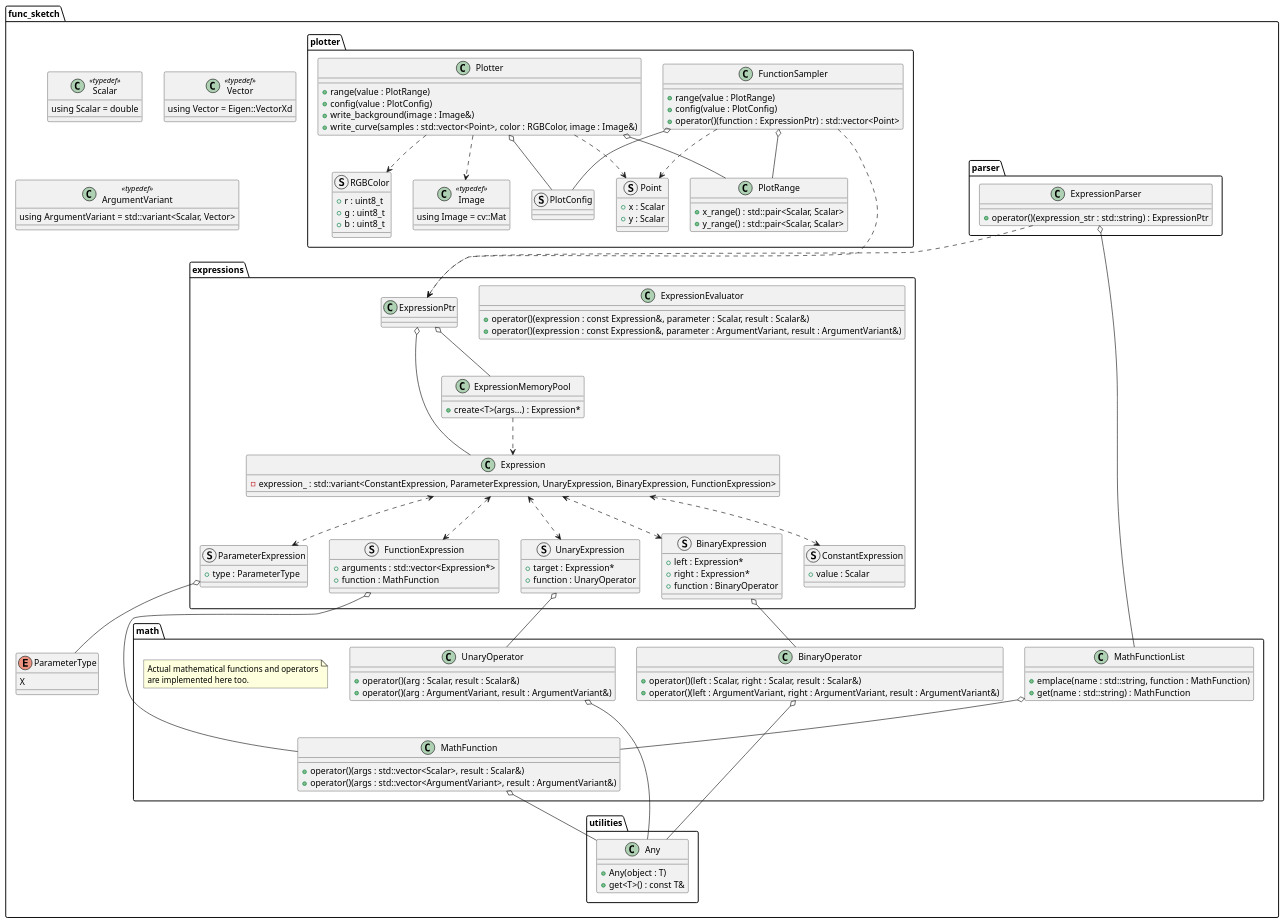
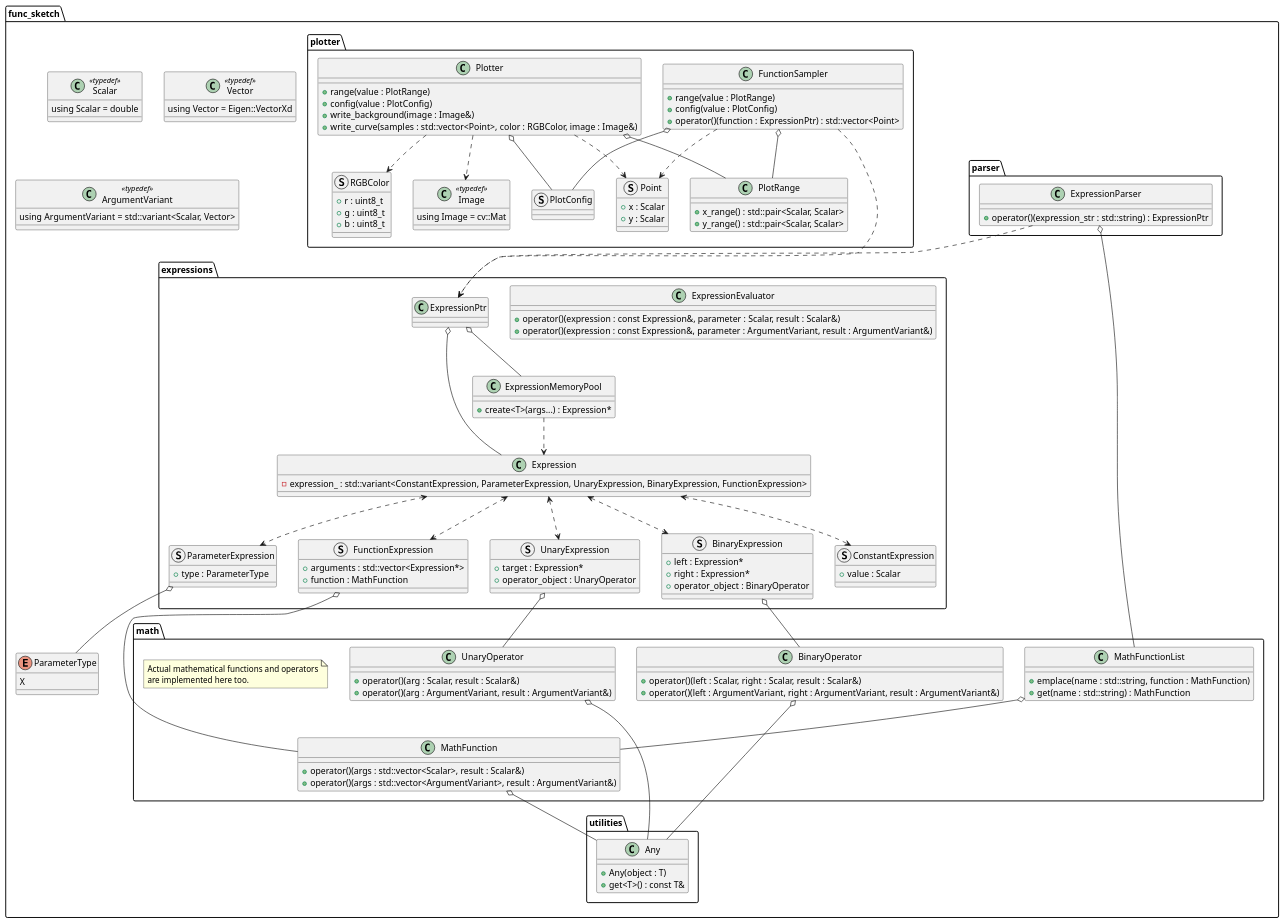
The diagram in docs/sphinx/design_notes/classes_cpp.puml (MusicScience37/FuncSketch), drawn with PlantUML before and after one commit. The commit also changed 19 other files, not shown here.

```diff
--- a/docs/sphinx/design_notes/classes_cpp.puml
+++ b/docs/sphinx/design_notes/classes_cpp.puml
@@ -1,166 +1,166 @@
 @startuml classes_cpp
 
 package func_sketch {
     class Scalar <<typedef>> {
         using Scalar = double
     }
 
     class Vector <<typedef>> {
         using Vector = Eigen::VectorXd
     }
 
     class ArgumentVariant <<typedef>> {
         using ArgumentVariant = std::variant<Scalar, Vector>
     }
 
     enum ParameterType {
         X
     }
 
     package utilities {
         class Any {
             + Any(object : T)
             + get<T>() : const T&
         }
     }
 
     package math {
         class UnaryOperator {
             + operator()(arg : Scalar, result : Scalar&)
             + operator()(arg : ArgumentVariant, result : ArgumentVariant&)
         }
         UnaryOperator o-- Any
 
         class BinaryOperator {
             + operator()(left : Scalar, right : Scalar, result : Scalar&)
             + operator()(left : ArgumentVariant, right : ArgumentVariant, result : ArgumentVariant&)
         }
         BinaryOperator o-- Any
 
         class MathFunction {
             + operator()(args : std::vector<Scalar>, result : Scalar&)
             + operator()(args : std::vector<ArgumentVariant>, result : ArgumentVariant&)
         }
         MathFunction o-- Any
 
         class MathFunctionList {
             + emplace(name : std::string, function : MathFunction)
             + get(name : std::string) : MathFunction
         }
         MathFunctionList o-- MathFunction
 
         note as math_functions_note
             Actual mathematical functions and operators
             are implemented here too.
         end note
     }
 
     package expressions {
         class Expression {
             - expression_ : std::variant<ConstantExpression, ParameterExpression, UnaryExpression, BinaryExpression, FunctionExpression>
         }
 
         struct ConstantExpression {
             + value : Scalar
         }
         Expression <..> ConstantExpression
 
         struct ParameterExpression {
             + type : ParameterType
         }
         Expression <..> ParameterExpression
         ParameterExpression o-- ParameterType
 
         struct UnaryExpression {
             + target : Expression*
-            + function : UnaryOperator
+            + operator_object : UnaryOperator
         }
         Expression <..> UnaryExpression
         UnaryExpression o-- UnaryOperator
 
         struct BinaryExpression {
             + left : Expression*
             + right : Expression*
-            + function : BinaryOperator
+            + operator_object : BinaryOperator
         }
         Expression <..> BinaryExpression
         BinaryExpression o-- BinaryOperator
 
         struct FunctionExpression {
             + arguments : std::vector<Expression*>
             + function : MathFunction
         }
         Expression <..> FunctionExpression
         FunctionExpression o-- MathFunction
 
         class ExpressionMemoryPool {
             + create<T>(args...) : Expression*
         }
         ExpressionMemoryPool ..> Expression
 
         class ExpressionEvaluator {
             + operator()(expression : const Expression&, parameter : Scalar, result : Scalar&)
             + operator()(expression : const Expression&, parameter : ArgumentVariant, result : ArgumentVariant&)
         }
 
         class ExpressionPtr
         ExpressionPtr o-- Expression
         ExpressionPtr o-- ExpressionMemoryPool
     }
 
     package parser {
         class ExpressionParser {
             + operator()(expression_str : std::string) : ExpressionPtr
         }
         ExpressionParser o-- MathFunctionList
         ExpressionParser ..> ExpressionPtr
     }
 
     package plotter {
         struct RGBColor {
             + r : uint8_t
             + g : uint8_t
             + b : uint8_t
         }
 
         struct Point {
             + x : Scalar
             + y : Scalar
         }
 
         class Image <<typedef>> {
             using Image = cv::Mat
         }
 
         class PlotRange {
             + x_range() : std::pair<Scalar, Scalar>
             + y_range() : std::pair<Scalar, Scalar>
         }
 
         struct PlotConfig
 
         class FunctionSampler {
             + range(value : PlotRange)
             + config(value : PlotConfig)
             + operator()(function : ExpressionPtr) : std::vector<Point>
         }
         FunctionSampler o-- PlotRange
         FunctionSampler o-- PlotConfig
         FunctionSampler ...> ExpressionPtr
         FunctionSampler ..> Point
 
         class Plotter {
             + range(value : PlotRange)
             + config(value : PlotConfig)
             + write_background(image : Image&)
             + write_curve(samples : std::vector<Point>, color : RGBColor, image : Image&)
         }
         Plotter o-- PlotRange
         Plotter o-- PlotConfig
         Plotter ..> Point
         Plotter ..> RGBColor
         Plotter ..> Image
     }
 }
 
 @enduml
```
